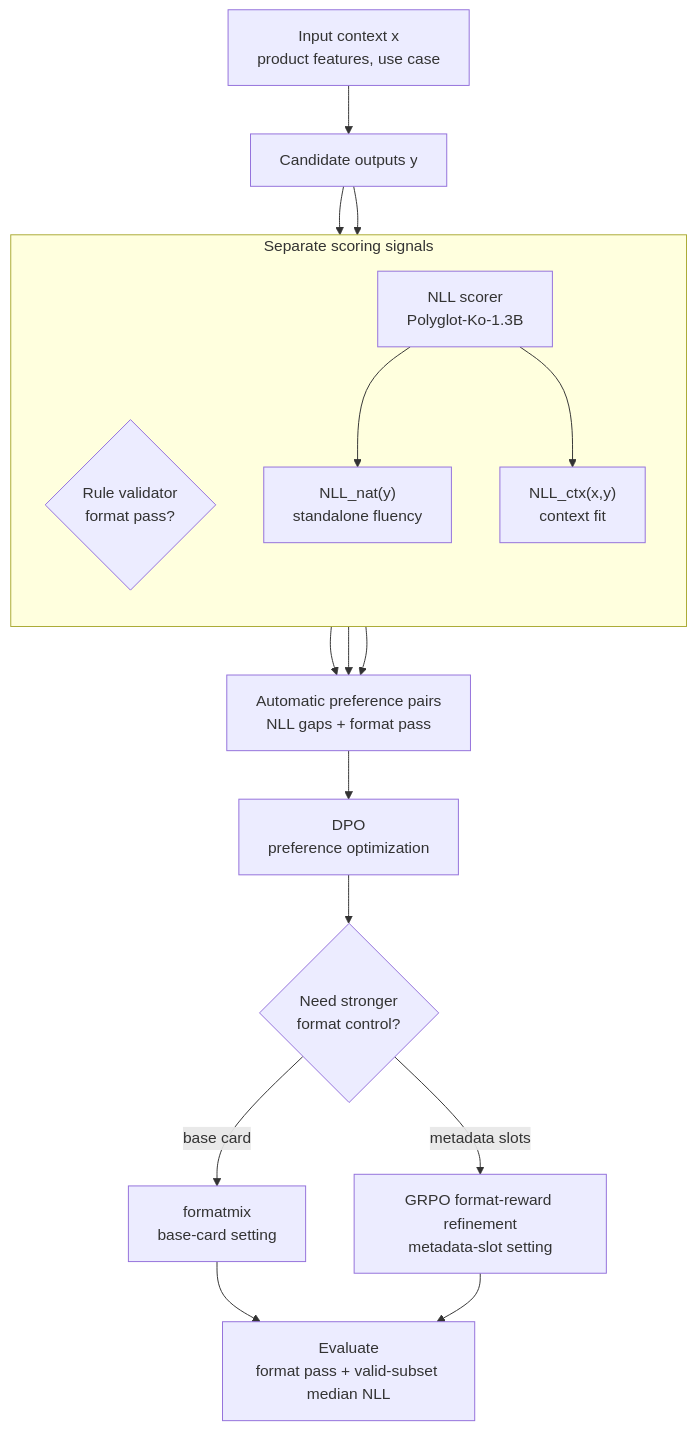
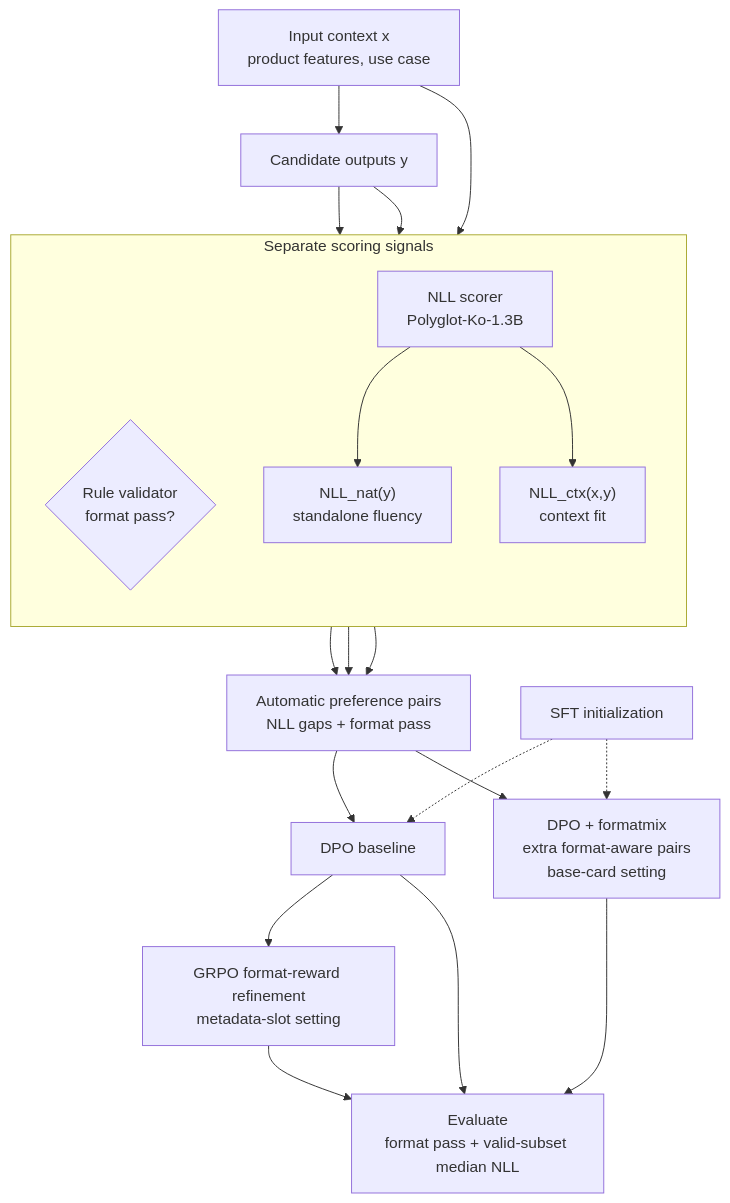
Before and after one commit to muted-color/muted-color.github.io: the diagram in technical-reports/korean-ui-nll-proxy-alignment.md, drawn with Mermaid. The commit also changed other lines of this file and 63 other files, not shown here.

````diff
--- a/technical-reports/korean-ui-nll-proxy-alignment.md
+++ b/technical-reports/korean-ui-nll-proxy-alignment.md
@@ -91,35 +91,38 @@
 ```mermaid
 flowchart TB
   A["Input context x<br/>product features, use case"]
   B["Candidate outputs y"]
 
   subgraph S["Separate scoring signals"]
     direction TB
     C{"Rule validator<br/>format pass?"}
     D["NLL scorer<br/>Polyglot-Ko-1.3B"]
     E["NLL_nat(y)<br/>standalone fluency"]
     F["NLL_ctx(x,y)<br/>context fit"]
   end
 
   G["Automatic preference pairs<br/>NLL gaps + format pass"]
-  H["DPO<br/>preference optimization"]
-  I{"Need stronger<br/>format control?"}
-  J["formatmix<br/>base-card setting"]
+  H["DPO baseline"]
+  I["SFT initialization"]
+  J["DPO + formatmix<br/>extra format-aware pairs<br/>base-card setting"]
   K["GRPO format-reward refinement<br/>metadata-slot setting"]
   L["Evaluate<br/>format pass + valid-subset median NLL"]
 
   A --> B
+  A --> D
   B --> C
   B --> D
   D --> E
   D --> F
   C --> G
   E --> G
   F --> G
   G --> H
-  H --> I
-  I -->|base card| J
-  I -->|metadata slots| K
+  G --> J
+  I -.-> H
+  I -.-> J
+  H --> K
+  H --> L
   J --> L
   K --> L
 ```
````
